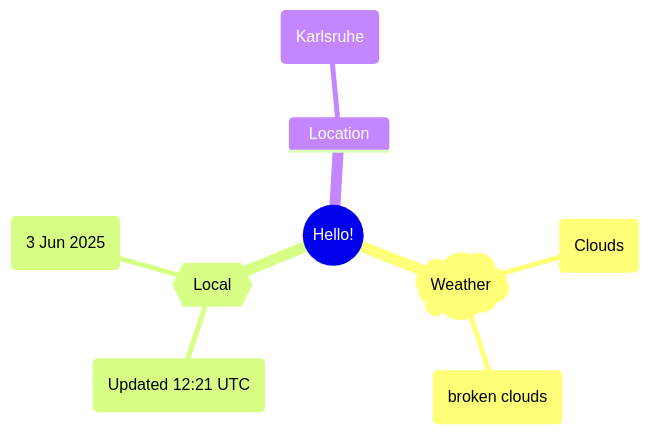
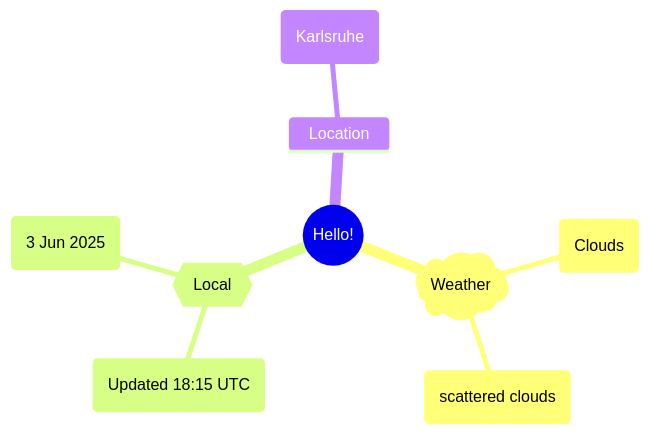
The first of 2 diagrams in README.md (Xosrov/Xosrov), drawn with Mermaid before and after one commit.

Commit message:
[bot] updated images

````diff
--- a/README.md
+++ b/README.md
@@ -3,12 +3,12 @@
 ```mermaid
 mindmap
   root((Hello!))
     )Weather(
         (Clouds)
-        (broken clouds)
+        (scattered clouds)
     {{Local}}
-        (Updated 12:21 UTC)
+        (Updated 18:15 UTC)
         (3 Jun 2025)
     Location
         (Karlsruhe)
 ```
````
